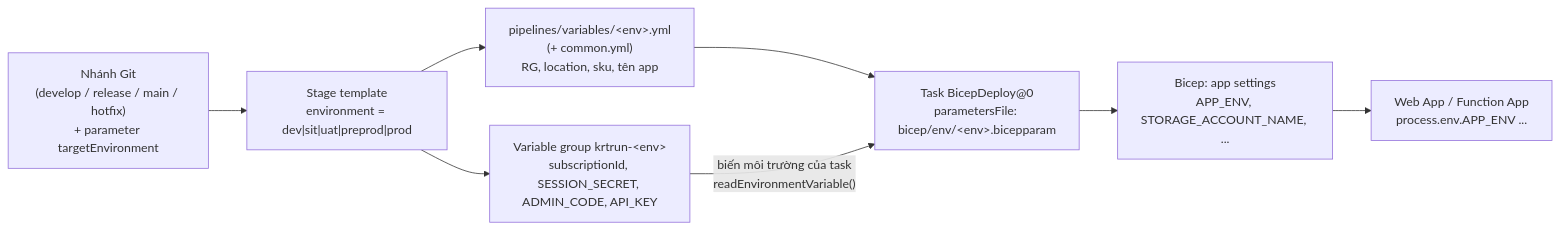
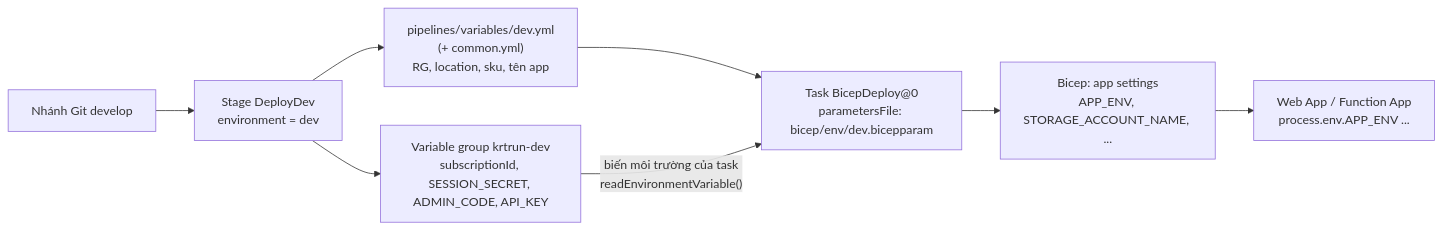
One commit to qlap04/KRT-run-infra changed the first of 2 diagrams in docs/SETUP_vi.md. Above: the diagram before and after it, drawn with Mermaid. The commit also changed other lines of this file and 16 other files, not shown here.

First line of the commit message:
ci(pipeline)!: keep only the dev environment

````diff
--- a/docs/SETUP_vi.md
+++ b/docs/SETUP_vi.md
@@ -36,10 +36,10 @@
 ```mermaid
 flowchart LR
-  A["Nhánh Git<br/>(develop / release / main / hotfix)<br/>+ parameter targetEnvironment"] --> B["Stage template<br/>environment = dev|sit|uat|preprod|prod"]
-  B --> C["pipelines/variables/&lt;env&gt;.yml<br/>(+ common.yml)<br/>RG, location, sku, tên app"]
-  B --> G["Variable group krtrun-&lt;env&gt;<br/>subscriptionId, SESSION_SECRET, ADMIN_CODE, API_KEY"]
-  C --> D["Task BicepDeploy@0<br/>parametersFile: bicep/env/&lt;env&gt;.bicepparam"]
+  A["Nhánh Git develop"] --> B["Stage DeployDev<br/>environment = dev"]
+  B --> C["pipelines/variables/dev.yml<br/>(+ common.yml)<br/>RG, location, sku, tên app"]
+  B --> G["Variable group krtrun-dev<br/>subscriptionId, SESSION_SECRET, ADMIN_CODE, API_KEY"]
+  C --> D["Task BicepDeploy@0<br/>parametersFile: bicep/env/dev.bicepparam"]
   G -->|"biến môi trường của task<br/>readEnvironmentVariable()"| D
   D --> E["Bicep: app settings<br/>APP_ENV, STORAGE_ACCOUNT_NAME, ..."]
   E --> F["Web App / Function App<br/>process.env.APP_ENV ..."]
 ```
````
